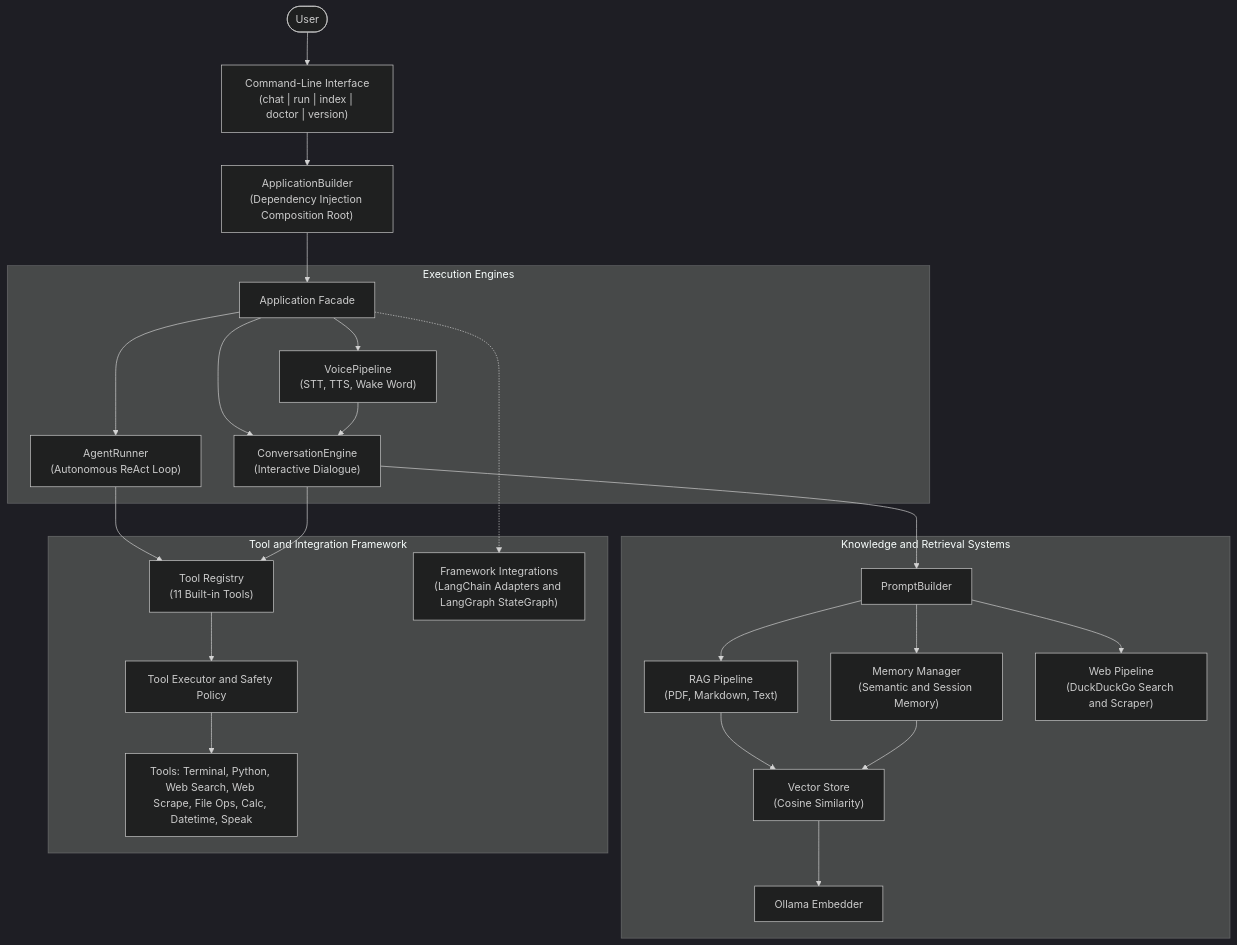
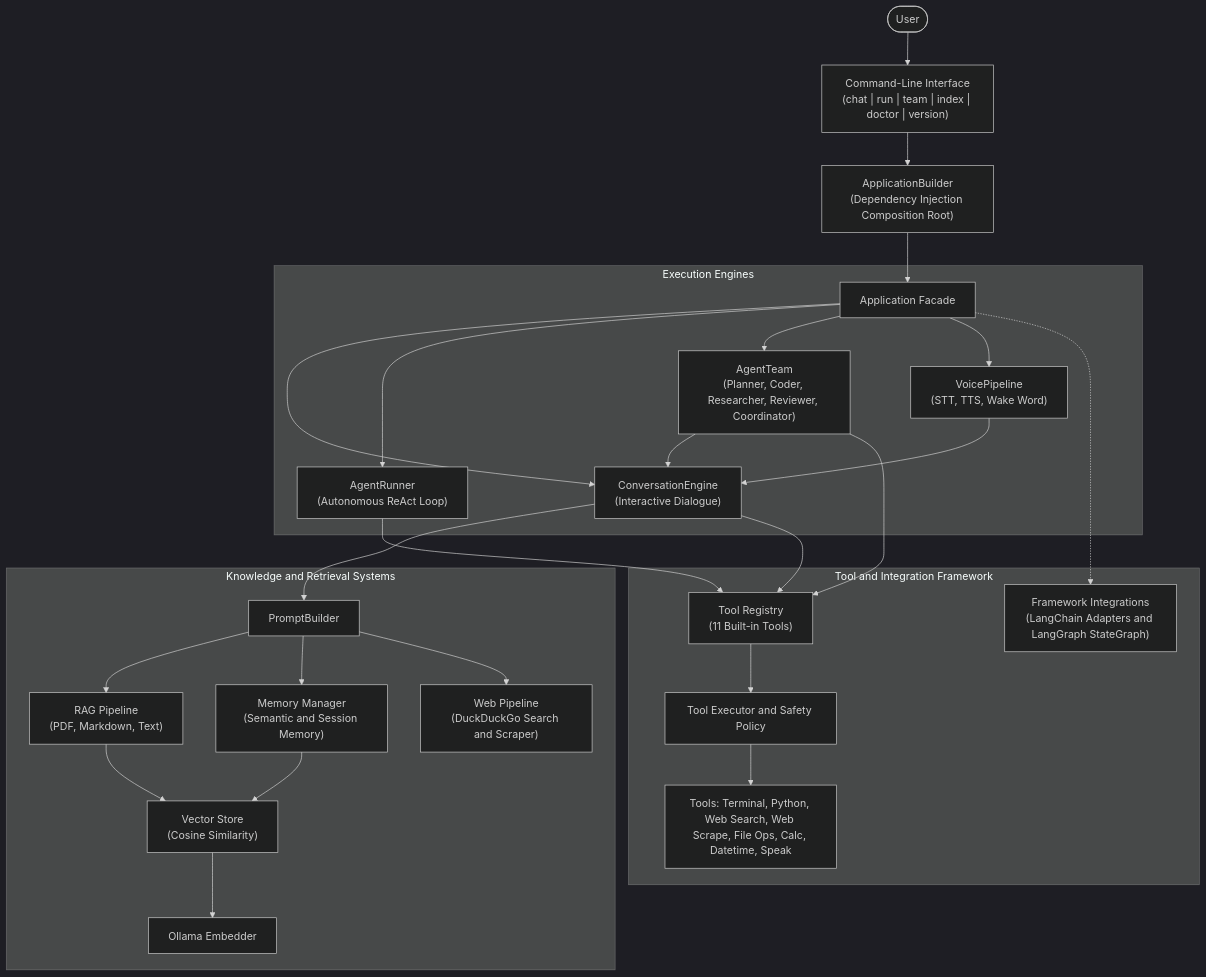
The diagram in README.md (RishabGoel11/Aether), drawn with Mermaid (dark theme) before and after one commit. The commit also changed other lines of this file and 31 other files, not shown here.

Commit message:
feat: Phase 10 - Multi-Agent System (Planner, Researcher, Coder, Reviewer, Coordinator, Blackboard, DelegateTool, CLI team)

````diff
--- a/README.md
+++ b/README.md
@@ -265,31 +280,34 @@
 ```mermaid
 flowchart TD
-    User([User]) --> CLI["Command-Line Interface<br/>(chat | run | index | doctor | version)"]
+    User([User]) --> CLI["Command-Line Interface<br/>(chat | run | team | index | doctor | version)"]
     CLI --> Builder["ApplicationBuilder<br/>(Dependency Injection Composition Root)"]
     Builder --> App["Application Facade"]
 
     subgraph Core ["Execution Engines"]
         App --> Engine["ConversationEngine<br/>(Interactive Dialogue)"]
         App --> Agent["AgentRunner<br/>(Autonomous ReAct Loop)"]
+        App --> Team["AgentTeam<br/>(Planner, Coder, Researcher, Reviewer, Coordinator)"]
         App --> Voice["VoicePipeline<br/>(STT, TTS, Wake Word)"]
         Voice --> Engine
+        Team --> Engine
     end
 
     subgraph Intelligence ["Knowledge and Retrieval Systems"]
         Engine --> Prompt["PromptBuilder"]
         Prompt --> RAG["RAG Pipeline<br/>(PDF, Markdown, Text)"]
         Prompt --> Mem["Memory Manager<br/>(Semantic and Session Memory)"]
         Prompt --> Web["Web Pipeline<br/>(DuckDuckGo Search and Scraper)"]
         RAG --> VectorStore["Vector Store<br/>(Cosine Similarity)"]
         Mem --> VectorStore
         VectorStore --> Embedder["Ollama Embedder"]
     end
 
     subgraph Tools ["Tool and Integration Framework"]
         Agent --> Registry["Tool Registry<br/>(11 Built-in Tools)"]
         Engine --> Registry
+        Team --> Registry
         Registry --> Executor["Tool Executor and Safety Policy"]
         Executor --> Builtins["Tools: Terminal, Python, Web Search, Web Scrape, File Ops, Calc, Datetime, Speak"]
         App -.-> Integrations["Framework Integrations<br/>(LangChain Adapters and LangGraph StateGraph)"]
     end
 ```
````
